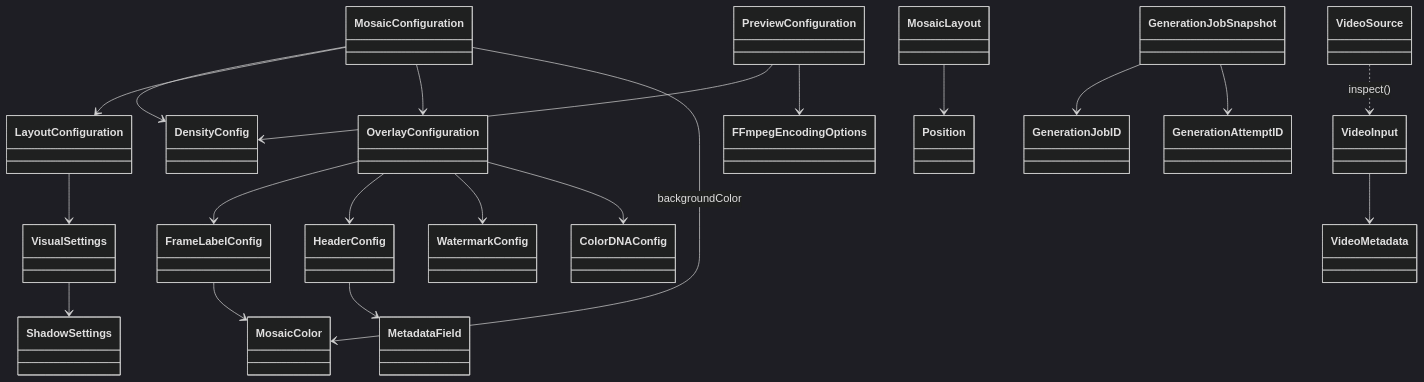
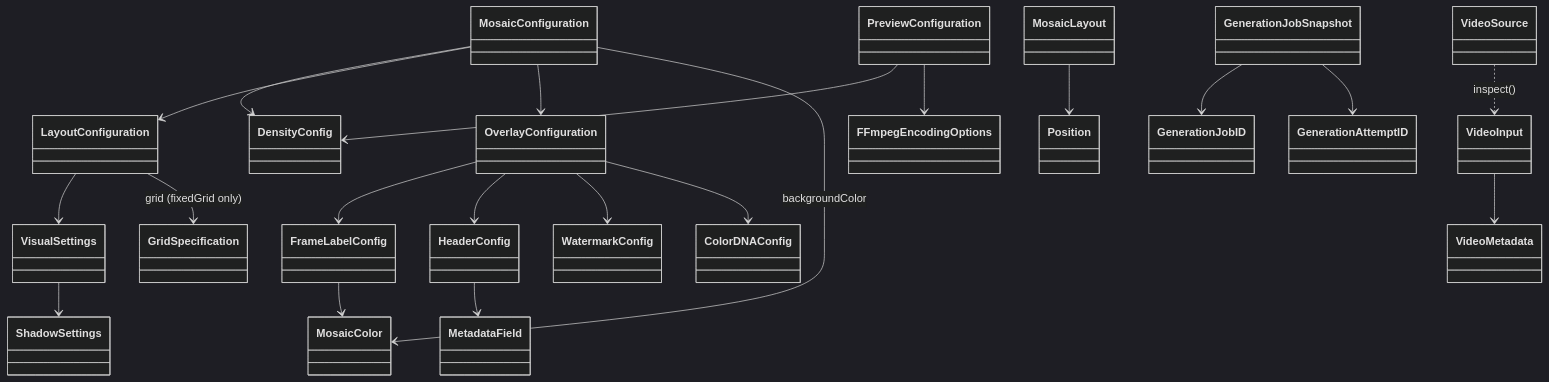
One commit to fdenis75/MosaicKit changed the diagram in codebase-analysis-docs/assets/model-schema.mmd. Above: the diagram before and after it, drawn with Mermaid (dark theme). The commit also changed 15 other files, not shown here.

```diff
--- a/codebase-analysis-docs/assets/model-schema.mmd
+++ b/codebase-analysis-docs/assets/model-schema.mmd
@@ -1,21 +1,22 @@
 %% MosaicKit – Codable model graph (the persisted "schema"); enum-typed fields omitted. See CODEBASE_KNOWLEDGE.md §5.3
 classDiagram
   MosaicConfiguration --> DensityConfig
   MosaicConfiguration --> LayoutConfiguration
   MosaicConfiguration --> OverlayConfiguration
   MosaicConfiguration --> MosaicColor : backgroundColor
   LayoutConfiguration --> VisualSettings
+  LayoutConfiguration --> GridSpecification : grid (fixedGrid only)
   VisualSettings --> ShadowSettings
   OverlayConfiguration --> FrameLabelConfig
   OverlayConfiguration --> HeaderConfig
   OverlayConfiguration --> WatermarkConfig
   OverlayConfiguration --> ColorDNAConfig
   HeaderConfig --> MetadataField
   FrameLabelConfig --> MosaicColor
   PreviewConfiguration --> DensityConfig
   PreviewConfiguration --> FFmpegEncodingOptions
   VideoSource ..> VideoInput : inspect()
   VideoInput --> VideoMetadata
   MosaicLayout --> Position
   GenerationJobSnapshot --> GenerationJobID
   GenerationJobSnapshot --> GenerationAttemptID
```
